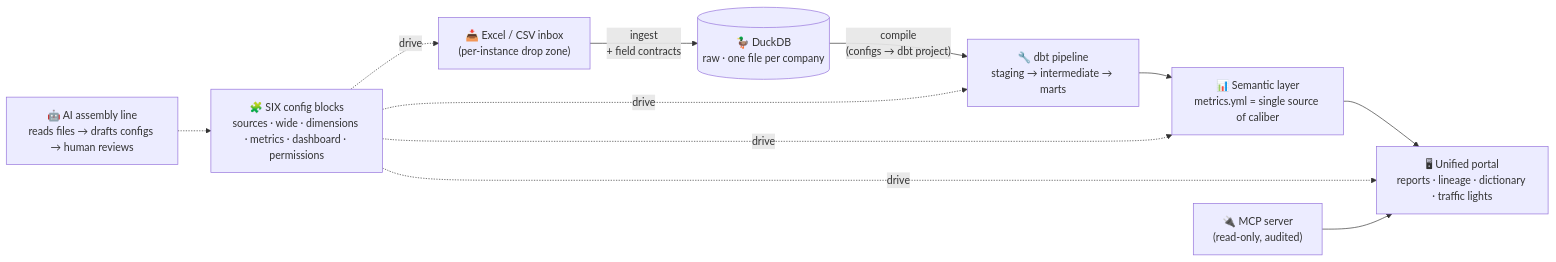
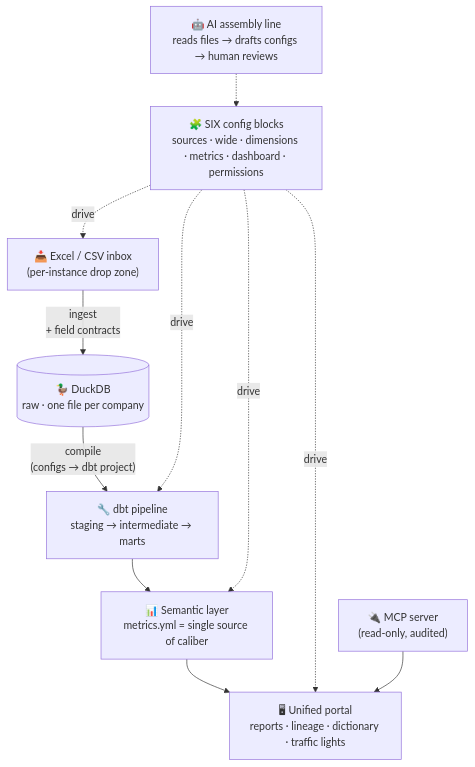
One commit to August06exe/clearledger changed the diagram in README.en.md. Above: the diagram before and after it, drawn with Mermaid. The commit also changed 1 other file, not shown here.

Commit message:
docs: 架构图改竖排——横向 LR 在 GitHub 上被压缩得太小，TD 竖排保住可读性

````diff
--- a/README.en.md
+++ b/README.en.md
@@ -84,13 +84,13 @@
 ```mermaid
-flowchart LR
+flowchart TD
     A["📥 Excel / CSV inbox<br/>(per-instance drop zone)"] -->|"ingest<br/>+ field contracts"| B[("🦆 DuckDB<br/>raw · one file per company")]
     B -->|"compile<br/>(configs → dbt project)"| C["🔧 dbt pipeline<br/>staging → intermediate → marts"]
     C --> D["📊 Semantic layer<br/>metrics.yml = single source of caliber"]
     D --> E["🖥 Unified portal<br/>reports · lineage · dictionary · traffic lights"]
     F["🧩 SIX config blocks<br/>sources · wide · dimensions · metrics · dashboard · permissions"] -.->|drive| A
     F -.->|drive| C
     F -.->|drive| D
     F -.->|drive| E
     G["🤖 AI assembly line<br/>reads files → drafts configs → human reviews"] -.-> F
     H["🔌 MCP server<br/>(read-only, audited)"] --> E
 ```
````
